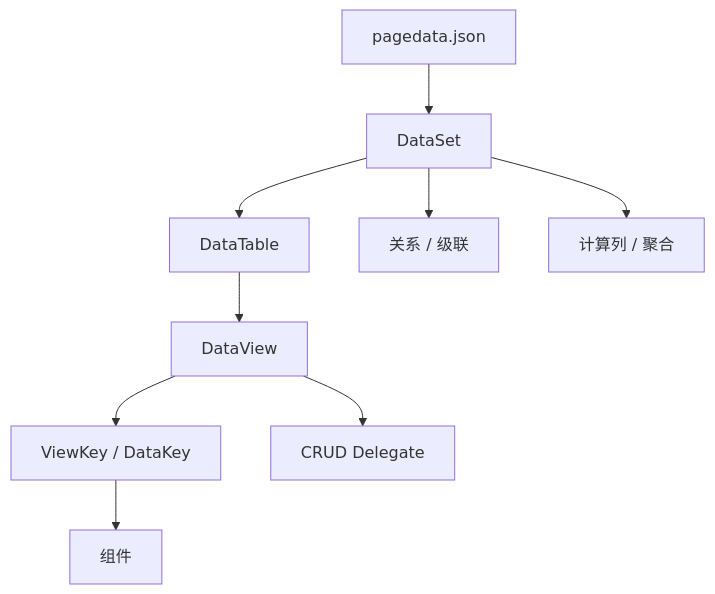
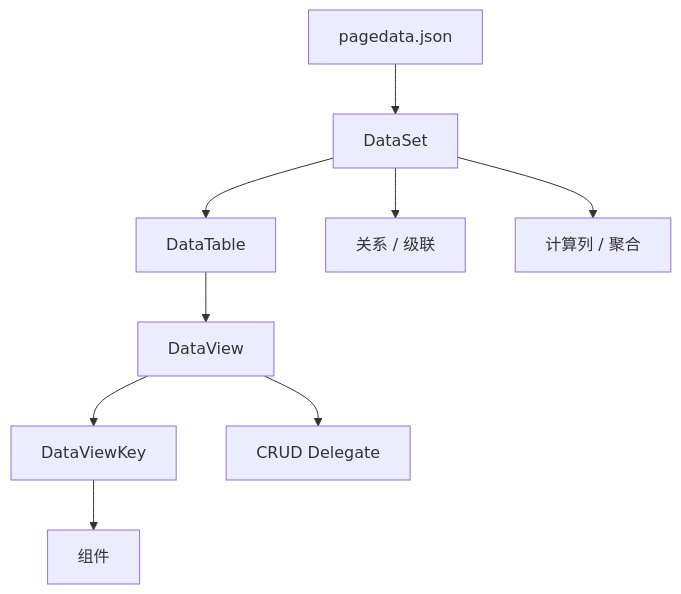
The ninth of 16 diagrams in docs/SPARK_VIEW_PROJECT_DEEP_DIVE_ZH.md (LMSpark/spark-view-vue), drawn with Mermaid before and after one commit. The commit also changed other lines of this file and 180 other files, not shown here.

First line of the commit message:
refactor(spark-data): rename DataKey → DataViewKey / DataViewMember across entire resolution layer

````diff
--- a/docs/SPARK_VIEW_PROJECT_DEEP_DIVE_ZH.md
+++ b/docs/SPARK_VIEW_PROJECT_DEEP_DIVE_ZH.md
@@ -422,21 +422,21 @@
 ```mermaid
 flowchart TD
   PageData["pagedata.json"]
   DataSet["DataSet"]
   Table["DataTable"]
   View["DataView"]
-  Key["ViewKey / DataKey"]
+  Key["DataViewKey"]
   Component["组件"]
   Crud["CRUD Delegate"]
   Relation["关系 / 级联"]
   Compute["计算列 / 聚合"]
 
   PageData --> DataSet
   DataSet --> Table
   Table --> View
   View --> Key
   Key --> Component
   View --> Crud
   DataSet --> Relation
   DataSet --> Compute
 ```
````
